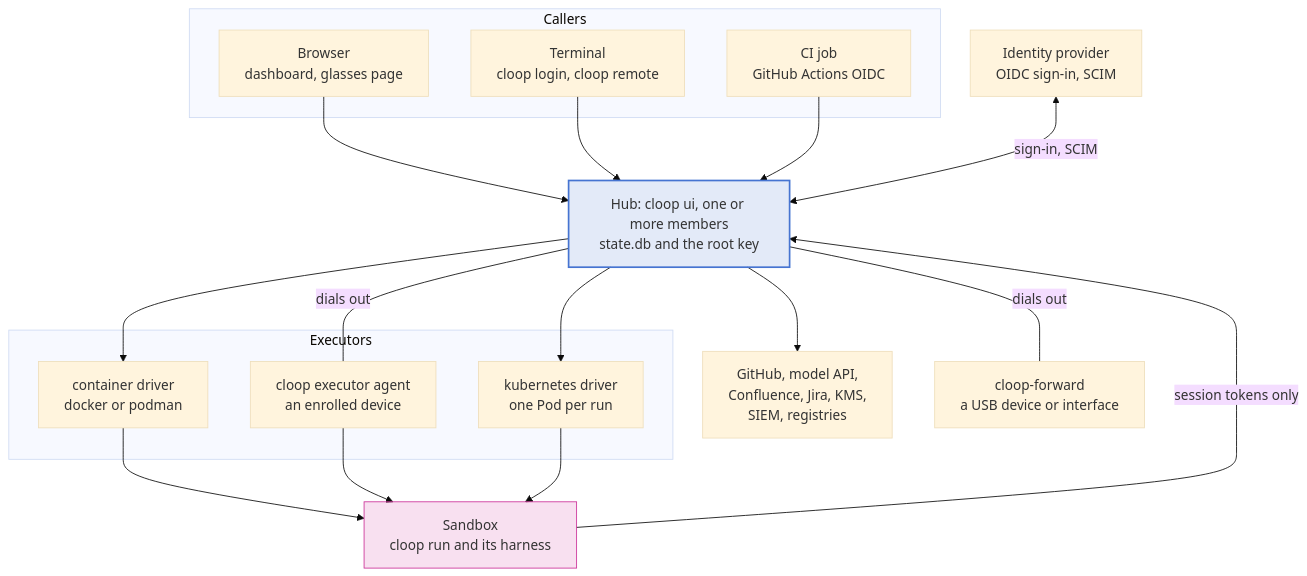
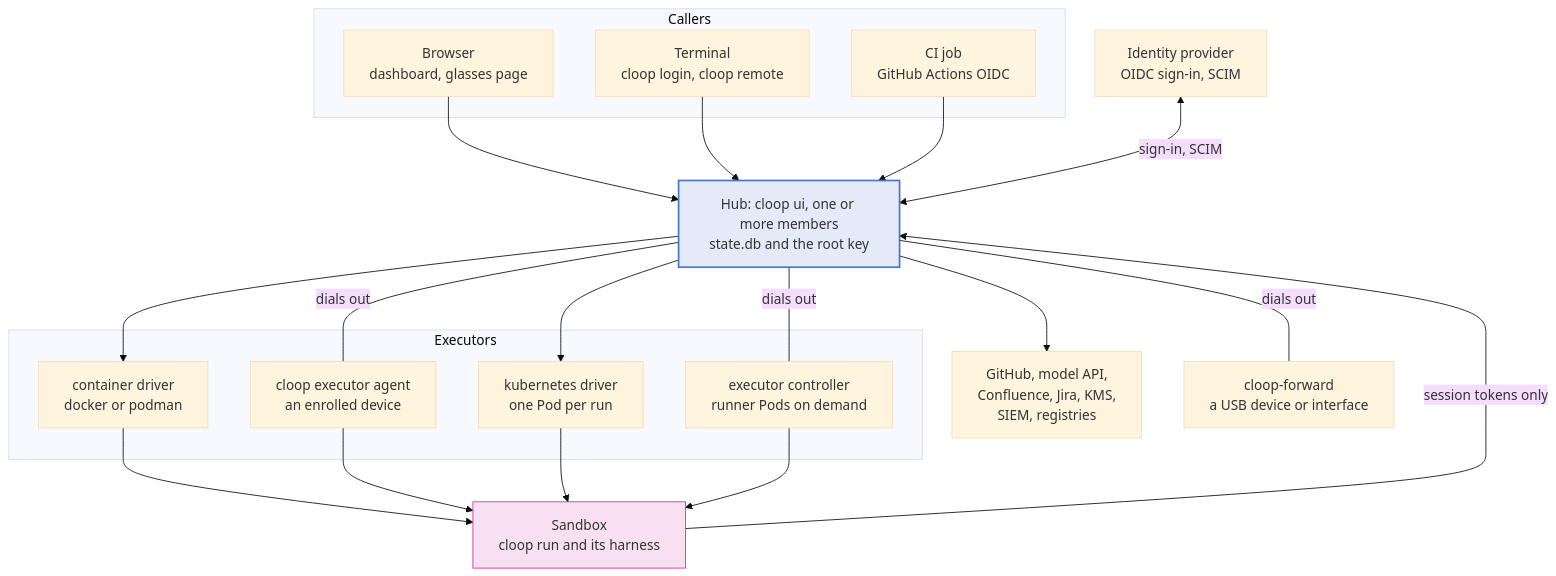
The first of 7 diagrams in docs/architecture/README.md (blechschmidt/cloop), drawn with Mermaid (base theme) before and after one commit. The commit also changed other lines of this file and 13 other files, not shown here.

````diff
--- a/docs/architecture/README.md
+++ b/docs/architecture/README.md
@@ -73,40 +74,43 @@
 ```mermaid
 flowchart TB
     subgraph callers["Callers"]
         browser["Browser<br/>dashboard, glasses page"]
         terminal["Terminal<br/>cloop login, cloop remote"]
         pipeline["CI job<br/>GitHub Actions OIDC"]
     end
     idp["Identity provider<br/>OIDC sign-in, SCIM"]
 
     hub["Hub: cloop ui, one or more members<br/>state.db and the root key"]
 
     services["GitHub, model API,<br/>Confluence, Jira, KMS,<br/>SIEM, registries"]
     subgraph fleet["Executors"]
         ctr["container driver<br/>docker or podman"]
         agent["cloop executor agent<br/>an enrolled device"]
         kube["kubernetes driver<br/>one Pod per run"]
+        pool["executor controller<br/>runner Pods on demand"]
     end
     forwarder["cloop-forward<br/>a USB device or interface"]
 
     sandbox["Sandbox<br/>cloop run and its harness"]
 
     browser --> hub
     terminal --> hub
     pipeline --> hub
     idp <-->|"sign-in, SCIM"| hub
     hub --> services
     hub --> ctr
     hub --> kube
     hub ---|"dials out"| agent
     hub ---|"dials out"| forwarder
+    hub ---|"dials out"| pool
     ctr --> sandbox
     agent --> sandbox
     kube --> sandbox
+    pool --> sandbox
     sandbox -->|"session tokens only"| hub
 
     %% Tints, not opaque fills, and no text colour:
     %% see tests/docs/diagram_contrast_test.go.
     style hub fill:#4674d126,stroke:#4674d1,stroke-width:2px
     style sandbox fill:#cc339926,stroke:#c39
 ```
````
